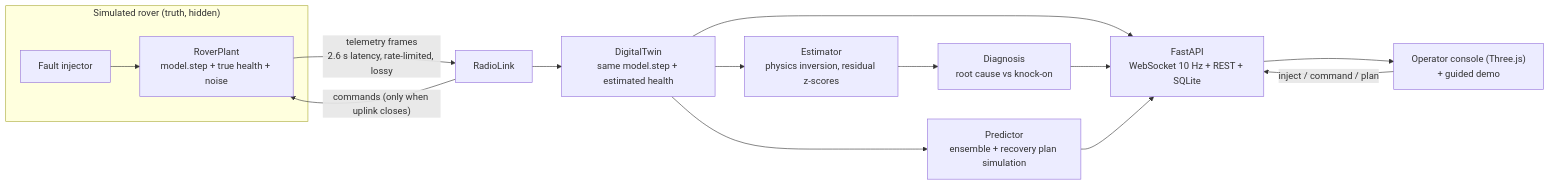
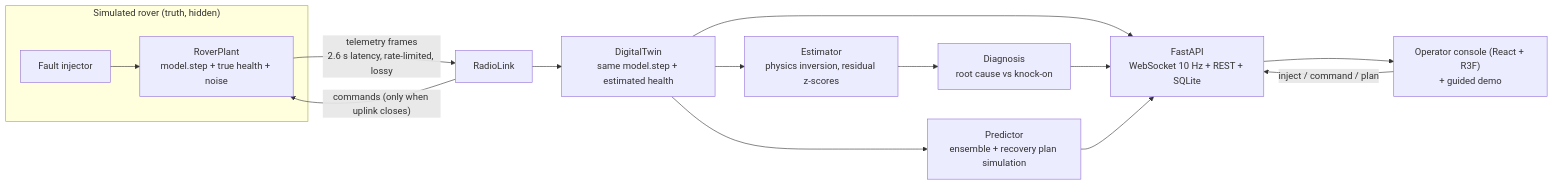
Before and after one commit to Assassin859/RoverTwin: the diagram in README.md, drawn with Mermaid. The commit also changed other lines of this file and 20 other files, not shown here.

````diff
--- a/README.md
+++ b/README.md
@@ -40,16 +40,16 @@
 ```mermaid
 flowchart LR
   subgraph Moon["Simulated rover (truth, hidden)"]
     P["RoverPlant<br/>model.step + true health + noise"]
     F["Fault injector"] --> P
   end
   P -- "telemetry frames<br/>2.6 s latency, rate-limited, lossy" --> L["RadioLink"]
   L -- "commands (only when uplink closes)" --> P
   L --> T["DigitalTwin<br/>same model.step + estimated health"]
   T --> E["Estimator<br/>physics inversion, residual z-scores"]
   E --> D["Diagnosis<br/>root cause vs knock-on"]
   T --> PR["Predictor<br/>ensemble + recovery plan simulation"]
   T & D & PR --> API["FastAPI<br/>WebSocket 10 Hz + REST + SQLite"]
-  API --> UI["Operator console (Three.js)<br/>+ guided demo"]
+  API --> UI["Operator console (React + R3F)<br/>+ guided demo"]
   UI -- "inject / command / plan" --> API
 ```
````
